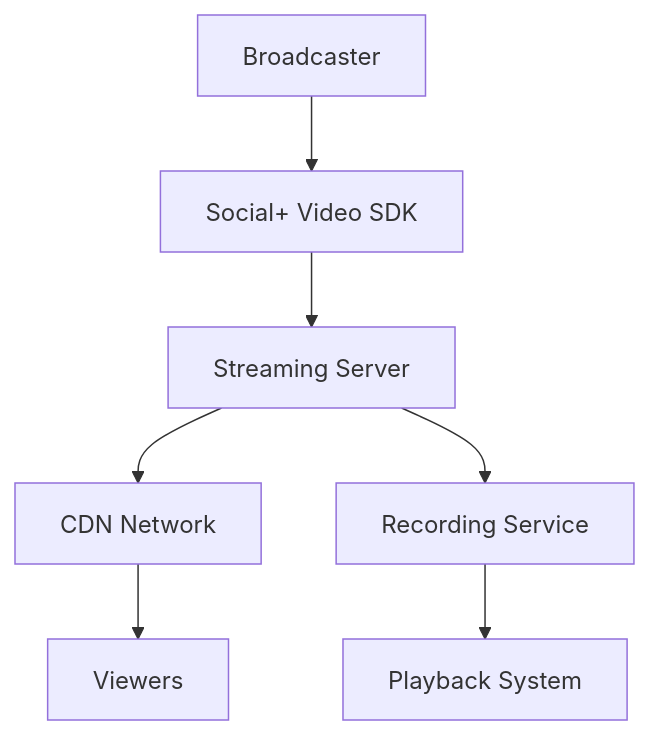
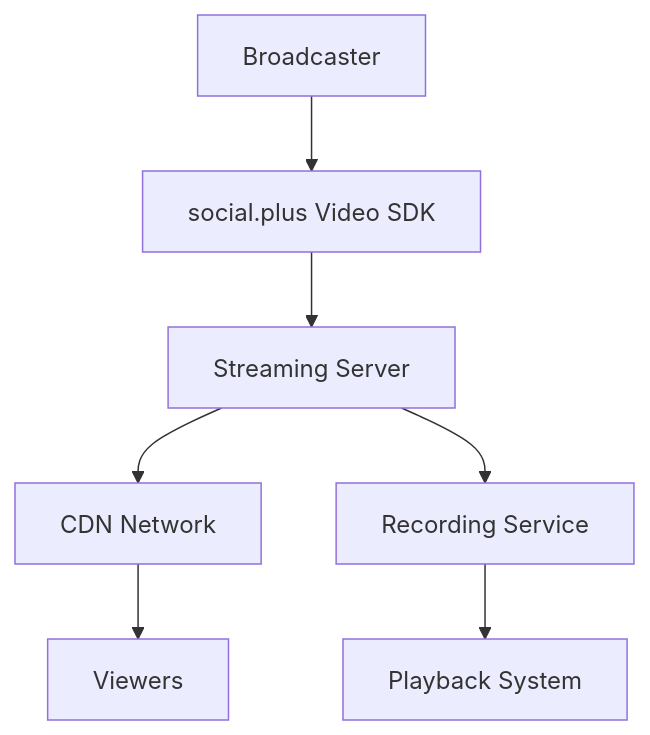
The diagram in social-plus-sdk/video-new/core-concepts/streaming-basics.mdx (AmityCo/social-plus-docs), drawn with Mermaid before and after one commit. The commit also changed other lines of this file and 226 other files, not shown here.

Commit message:
feat: rebrand to social.plus

````diff
--- a/social-plus-sdk/video-new/core-concepts/streaming-basics.mdx
+++ b/social-plus-sdk/video-new/core-concepts/streaming-basics.mdx
@@ -23,10 +23,10 @@
 ```mermaid
 graph TD
-    A[Broadcaster] --> B[Social+ Video SDK]
+    A[Broadcaster] --> B[social.plus Video SDK]
     B --> C[Streaming Server]
     C --> D[CDN Network]
     D --> E[Viewers]
     
     F[Recording Service] --> G[Playback System]
     C --> F
 ```
````
